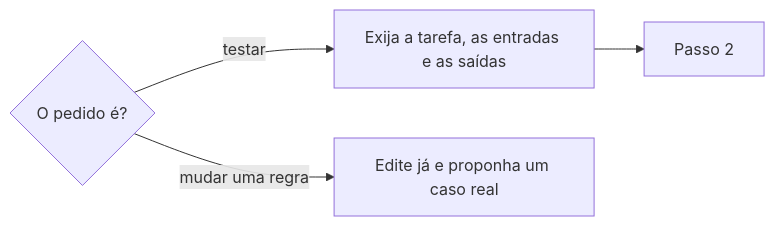
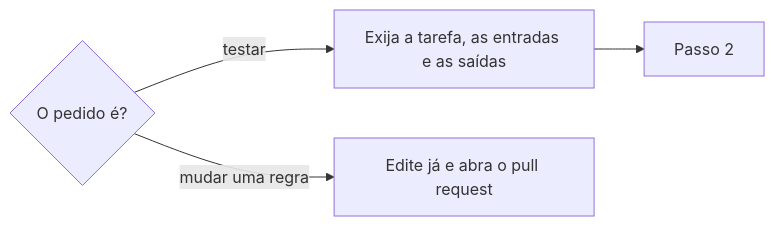
The diagram in .agents/skills/evoluir-habilidade/SKILL.md (jimmyandrade/harness), drawn with Mermaid before and after one commit. The commit also changed other lines of this file and 2 other files, not shown here.

First line of the commit message:
fix(evoluir-habilidade): open the pull request without asking (#547)

````diff
--- a/.agents/skills/evoluir-habilidade/SKILL.md
+++ b/.agents/skills/evoluir-habilidade/SKILL.md
@@ -33,6 +34,6 @@
 ```mermaid
 flowchart LR
   Q{O pedido é?} -->|testar| T[Exija a tarefa, as entradas e as saídas]
-  Q -->|mudar uma regra| M[Edite já e proponha um caso real]
+  Q -->|mudar uma regra| M[Edite já e abra o pull request]
   T --> P[Passo 2]
 ```
````
